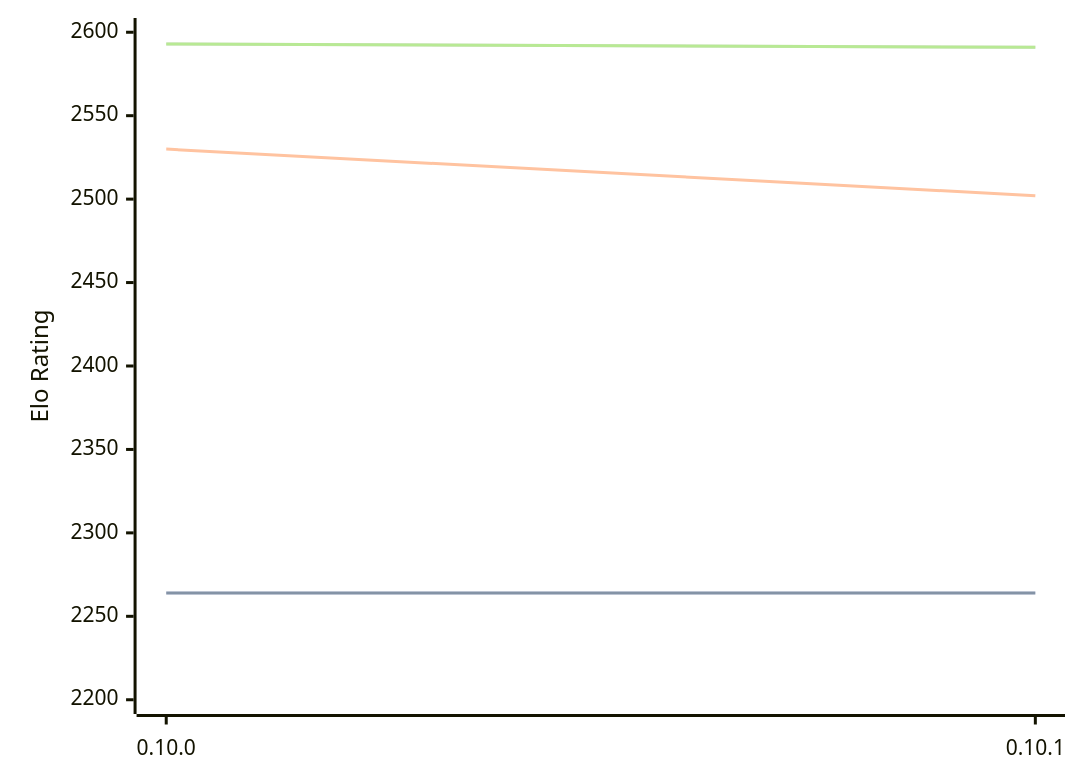
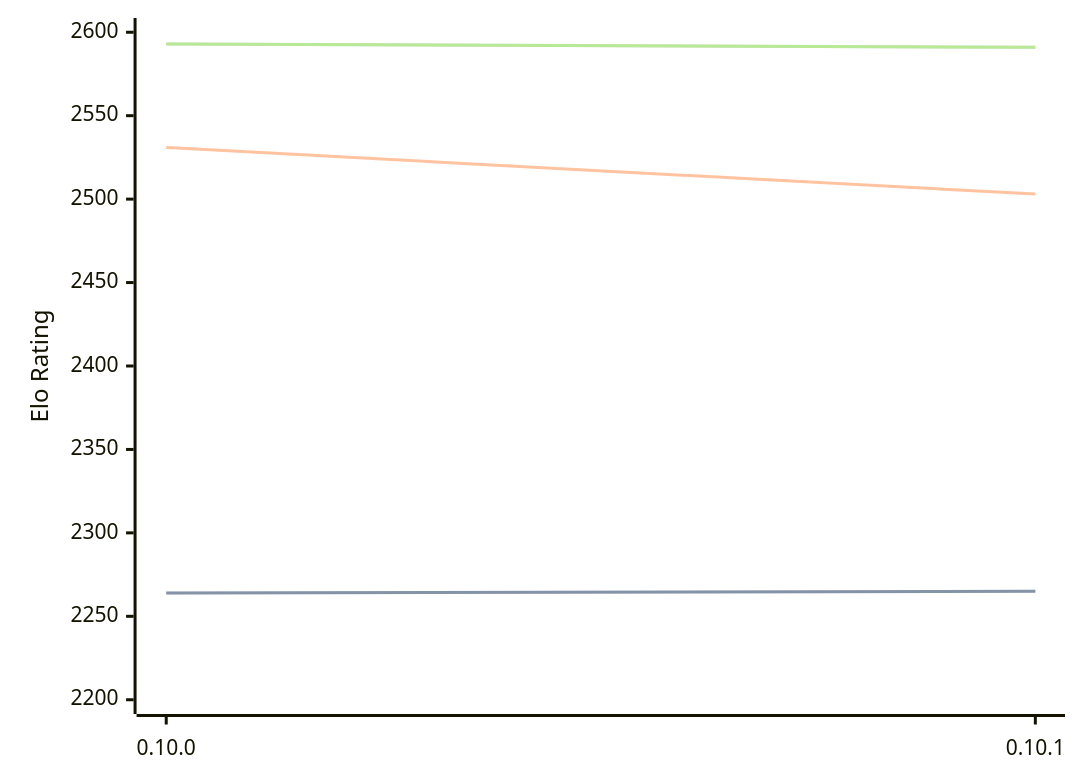
Before and after one commit to computer-chess-index/cci: the diagram in engines/Fatalii.md, drawn with Mermaid. The commit also changed other lines of this file, not shown here.

````diff
--- a/engines/Fatalii.md
+++ b/engines/Fatalii.md
@@ -46,11 +46,11 @@
 ```mermaid
 %%{init: {"theme":"base","themeVariables":{"seriesColors:['#a3a3a3','#222221','#faa371']}}}%%
 xychart-beta
   x-axis ["0.10.0", "0.10.1"]
   y-axis "Elo Rating" 2200 --> 2600
-  line "STC (8.0+0.08s)" [2264, 2264]
-  line "STC (8.0+0.08s)" [2264, 2264]
-  line "LTC (60.0+0.60s)" [2530, 2502]
+  line "STC (8.0+0.08s)" [2264, 2265]
+  line "STC (8.0+0.08s)" [2264, 2265]
+  line "LTC (60.0+0.60s)" [2531, 2503]
   line "VLTC (2m24s+1.12s)" [2593, 2591]
   line "VLTC (2m24s+1.12s)" [2593, 2591]
 ```
````
